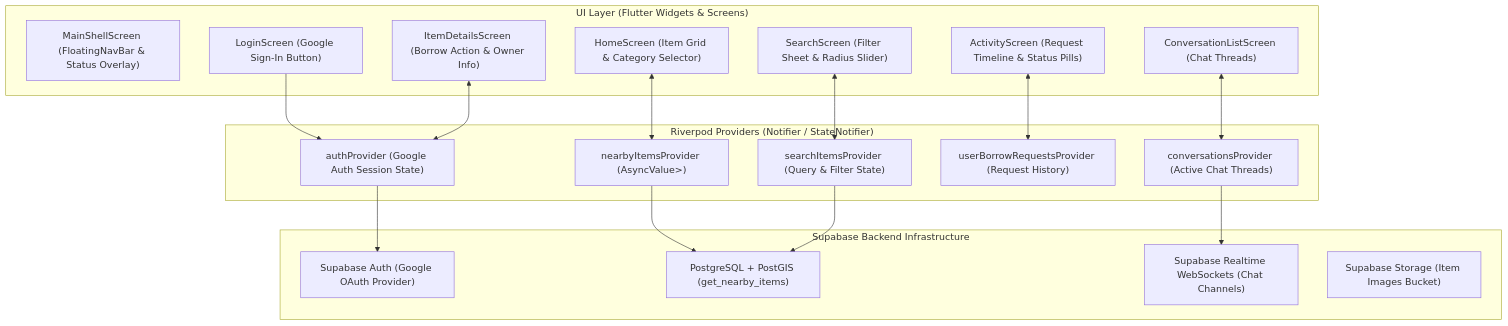
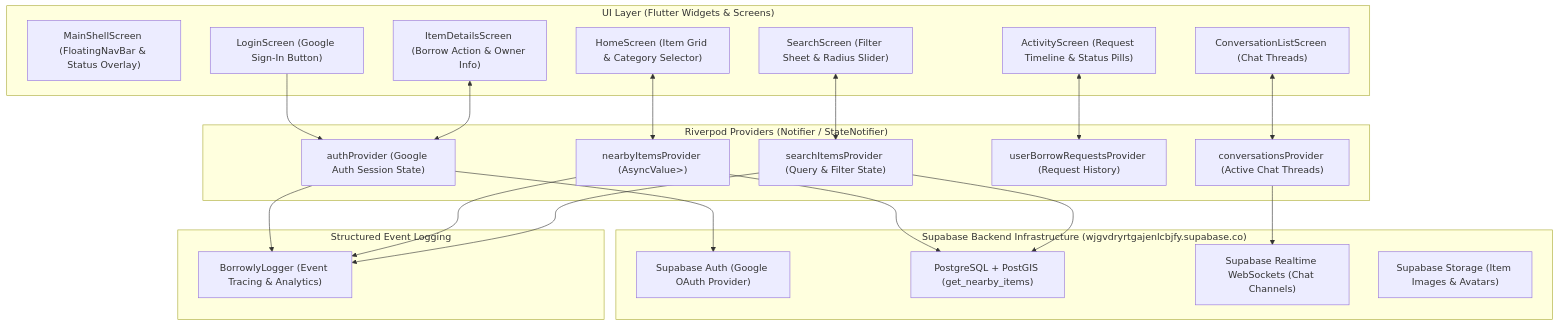
One commit to AnsilKM/Borrowly changed the first of 2 diagrams in ARCHITECTURE.md. Above: the diagram before and after it, drawn with Mermaid. The commit also changed other lines of this file and 2 other files, not shown here.

Commit message:
docs: update ARCHITECTURE.md, WORKFLOW_GUIDELINES.md, and AGENTS.md with live Supabase ref and event logger

````diff
--- a/ARCHITECTURE.md
+++ b/ARCHITECTURE.md
@@ -31,40 +33,48 @@
 ```mermaid
 graph TD
     subgraph UI Layer ["UI Layer (Flutter Widgets & Screens)"]
         MainShellScreen["MainShellScreen (FloatingNavBar & Status Overlay)"]
         HomeScreen["HomeScreen (Item Grid & Category Selector)"]
         SearchScreen["SearchScreen (Filter Sheet & Radius Slider)"]
         ItemDetailsScreen["ItemDetailsScreen (Borrow Action & Owner Info)"]
         ActivityScreen["ActivityScreen (Request Timeline & Status Pills)"]
         ConversationListScreen["ConversationListScreen (Chat Threads)"]
         LoginScreen["LoginScreen (Google Sign-In Button)"]
     end
 
+    subgraph Logger ["Structured Event Logging"]
+        BorrowlyLogger["BorrowlyLogger (Event Tracing & Analytics)"]
+    end
+
     subgraph Presentation & State Layer ["Riverpod Providers (Notifier / StateNotifier)"]
         AuthNotifier["authProvider (Google Auth Session State)"]
         NearbyItemsProvider["nearbyItemsProvider (AsyncValue<List<ItemEntity>>)"]
         SearchNotifier["searchItemsProvider (Query & Filter State)"]
         BorrowRequestNotifier["userBorrowRequestsProvider (Request History)"]
         ChatNotifier["conversationsProvider (Active Chat Threads)"]
     end
 
-    subgraph Backend Services ["Supabase Backend Infrastructure"]
+    subgraph Backend Services ["Supabase Backend Infrastructure (wjgvdryrtgajenlcbjfy.supabase.co)"]
         SupabaseAuth["Supabase Auth (Google OAuth Provider)"]
         PostGISDB["PostgreSQL + PostGIS (get_nearby_items)"]
         RealtimeSockets["Supabase Realtime WebSockets (Chat Channels)"]
-        StorageCDN["Supabase Storage (Item Images Bucket)"]
+        StorageCDN["Supabase Storage (Item Images & Avatars)"]
     end
 
     %% Wiring
     LoginScreen --> AuthNotifier
     HomeScreen <--> NearbyItemsProvider
     SearchScreen <--> SearchNotifier
     ItemDetailsScreen <--> AuthNotifier
     ActivityScreen <--> BorrowRequestNotifier
     ConversationListScreen <--> ChatNotifier
 
+    AuthNotifier --> BorrowlyLogger
+    NearbyItemsProvider --> BorrowlyLogger
+    SearchNotifier --> BorrowlyLogger
+
     AuthNotifier --> SupabaseAuth
     NearbyItemsProvider --> PostGISDB
     SearchNotifier --> PostGISDB
     ChatNotifier --> RealtimeSockets
 ```
````
